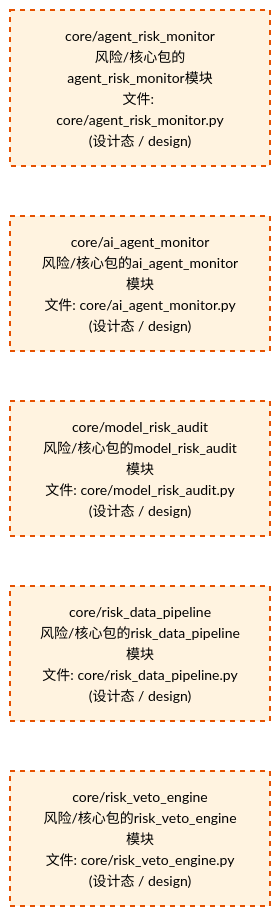
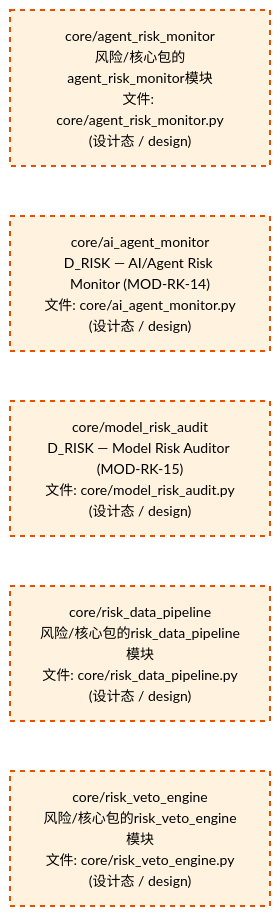
Before and after one commit to xuanFelixVan/ZephyrAlpha: the third of 4 diagrams in docs/02_enterprise_architecture/02_domain_architecture_docs/65_d_risk.md, drawn with Mermaid. The commit also changed other lines of this file and 48 other files, not shown here.

````diff
--- a/docs/02_enterprise_architecture/02_domain_architecture_docs/65_d_risk.md
+++ b/docs/02_enterprise_architecture/02_domain_architecture_docs/65_d_risk.md
@@ -334,18 +334,18 @@
 ```mermaid
 %%{init: {'theme': 'base', 'themeVariables': {'primaryColor': '#eaeaea', 'primaryTextColor': '#333333', 'primaryBorderColor': '#666666', 'lineColor': '#666666', 'secondaryColor': '#eaeaea', 'tertiaryColor': '#eaeaea', 'fontSize': '14px'}}}%%
 flowchart TD
     src_zephyr_risk_core_agent_risk_monitor_py["core/agent_risk_monitor<br/>风险/核心包的agent_risk_monitor模块<br/>文件: core/agent_risk_monitor.py<br/>(设计态 / design)"]
-    src_zephyr_risk_core_ai_agent_monitor_py["core/ai_agent_monitor<br/>风险/核心包的ai_agent_monitor模块<br/>文件: core/ai_agent_monitor.py<br/>(设计态 / design)"]
-    src_zephyr_risk_core_model_risk_audit_py["core/model_risk_audit<br/>风险/核心包的model_risk_audit模块<br/>文件: core/model_risk_audit.py<br/>(设计态 / design)"]
+    src_zephyr_risk_core_ai_agent_monitor_py["core/ai_agent_monitor<br/>D_RISK — AI/Agent Risk Monitor (MOD-RK-14)<br/>文件: core/ai_agent_monitor.py<br/>(设计态 / design)"]
+    src_zephyr_risk_core_model_risk_audit_py["core/model_risk_audit<br/>D_RISK — Model Risk Auditor (MOD-RK-15)<br/>文件: core/model_risk_audit.py<br/>(设计态 / design)"]
     src_zephyr_risk_core_risk_data_pipeline_py["core/risk_data_pipeline<br/>风险/核心包的risk_data_pipeline模块<br/>文件: core/risk_data_pipeline.py<br/>(设计态 / design)"]
     src_zephyr_risk_core_risk_veto_engine_py["core/risk_veto_engine<br/>风险/核心包的risk_veto_engine模块<br/>文件: core/risk_veto_engine.py<br/>(设计态 / design)"]
     src_zephyr_risk_core_agent_risk_monitor_py ~~~ src_zephyr_risk_core_ai_agent_monitor_py
     src_zephyr_risk_core_ai_agent_monitor_py ~~~ src_zephyr_risk_core_model_risk_audit_py
     src_zephyr_risk_core_model_risk_audit_py ~~~ src_zephyr_risk_core_risk_data_pipeline_py
     src_zephyr_risk_core_risk_data_pipeline_py ~~~ src_zephyr_risk_core_risk_veto_engine_py
     classDef production fill:#e1f5fe,stroke:#01579b,stroke-width:2px,color:#000
     classDef design fill:#fff3e0,stroke:#e65100,stroke-width:2px,color:#000,stroke-dasharray: 5 5
     classDef external_prod fill:#e8f4fd,stroke:#0277bd,stroke-width:1px,color:#000
     classDef external_design fill:#fff8e7,stroke:#ef6c00,stroke-width:1px,color:#000,stroke-dasharray: 5 5
     class src_zephyr_risk_core_agent_risk_monitor_py,src_zephyr_risk_core_ai_agent_monitor_py,src_zephyr_risk_core_model_risk_audit_py,src_zephyr_risk_core_risk_data_pipeline_py,src_zephyr_risk_core_risk_veto_engine_py design
 ```
````
